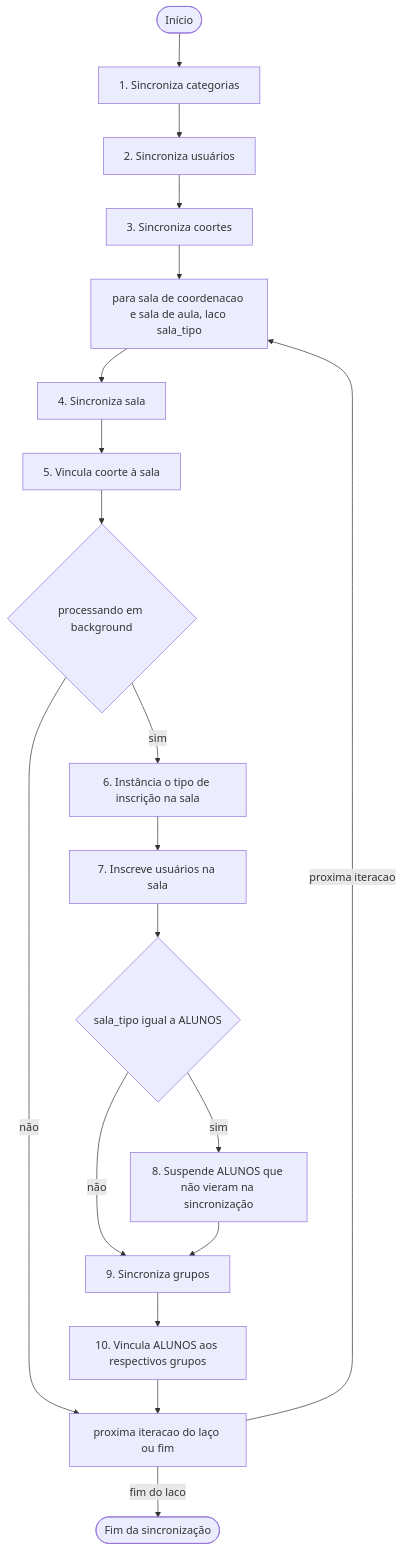
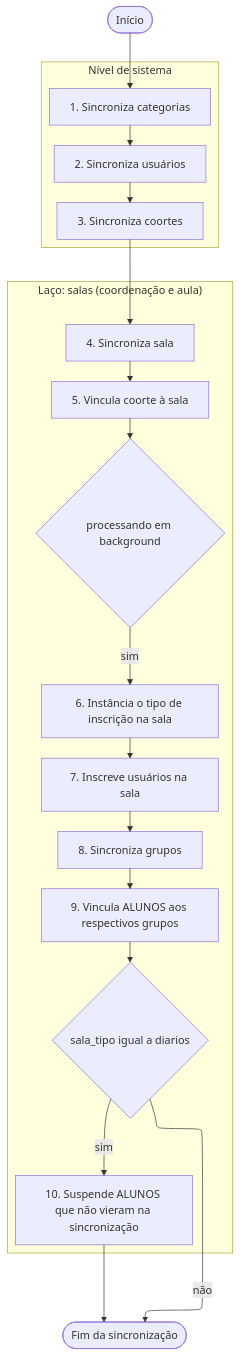
One commit to suap-ava-suite/moodle-local_suap changed the diagram in docs/o_que_ocorre_ao_sincronizar.md. Above: the diagram before and after it, drawn with Mermaid.

Commit message:
doc(o_que_ocorre_ao_sincronizar): [UPD] atualização do diagrama de fluxo de sincronização, melhorando a estrutura e clareza das etapas

````diff
--- a/docs/o_que_ocorre_ao_sincronizar.md
+++ b/docs/o_que_ocorre_ao_sincronizar.md
@@ -89,24 +89,29 @@
 ```mermaid
 flowchart TD
-  A([Início]) --> B[1. Sincroniza categorias]
-  B --> C[2. Sincroniza usuários]
-  C --> D[3. Sincroniza coortes]
+  %%{init: {"layout": "elk"}}%%
+  
+  A([Início]) --> B
 
-  D --> E[para sala de coordenacao e sala de aula, laco sala_tipo]
-  E --> F[4. Sincroniza sala]
-  F --> G[5. Vincula coorte à sala]
+  subgraph SISTEMA["Nível de sistema"]
+    direction TD
+    B[1. Sincroniza categorias] --> C[2. Sincroniza usuários]
+    C --> D[3. Sincroniza coortes]
+  end
 
-  G --> H{processando em background}
-  H -->|não| P[proxima iteracao do laço ou fim]
-  H -->|sim| I[6. Instância o tipo de inscrição na sala]
-  I --> J[7. Inscreve usuários na sala]
-  J --> K{sala_tipo igual a ALUNOS}
-  K -->|sim| L[8. Suspende ALUNOS que não vieram na sincronização]
-  K -->|não| M[9. Sincroniza grupos]
-  L --> M
-  M --> N[10. Vincula ALUNOS aos respectivos grupos]
-  N --> P
+  D --> F
 
-  P -->|proxima iteracao| E
-  P -->|fim do laco| O([Fim da sincronização])
+  subgraph LACO["Laço: salas (coordenação e aula)"]
+    direction TD
+    F[4. Sincroniza sala] --> G[5. Vincula coorte à sala]
+    G --> H{processando em background}
+    H -->|sim| I[6. Instância o tipo de inscrição na sala]
+    I --> J[7. Inscreve usuários na sala]
+    J --> K[8. Sincroniza grupos]
+    K --> L[9. Vincula ALUNOS aos respectivos grupos]
+    L --> M{sala_tipo igual a diarios}
+    M -->|sim| N[10. Suspende ALUNOS que não vieram na sincronização]
+  end
+
+  M -->|não| O([Fim da sincronização])
+  N --> O
 ```
````
